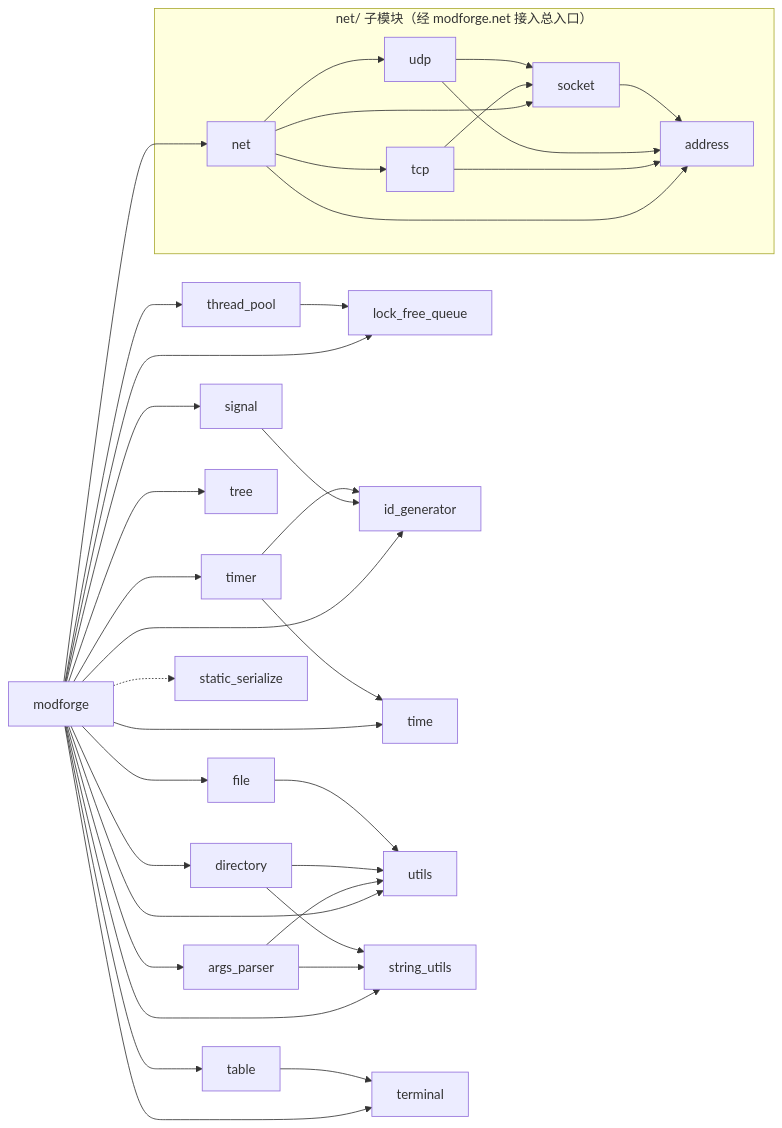
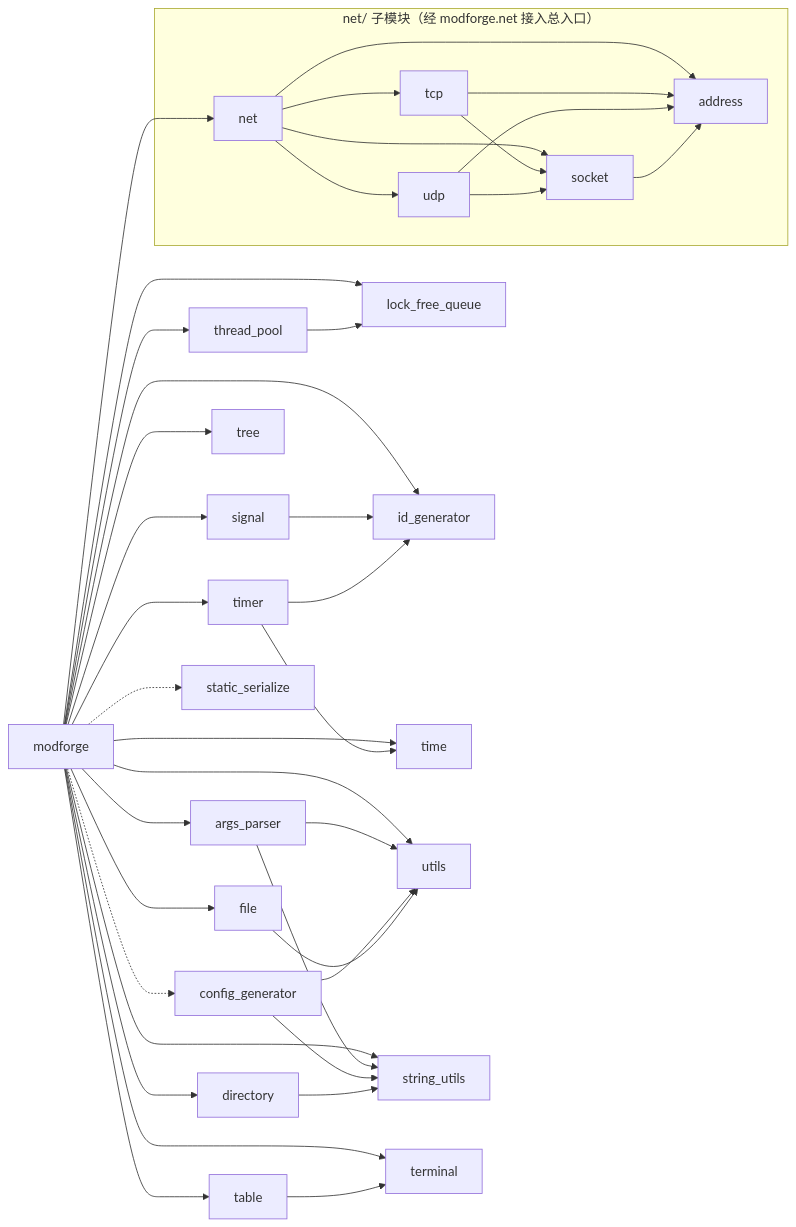
One commit to hexne/modforge changed the diagram in README.md. Above: the diagram before and after it, drawn with Mermaid. The commit also changed other lines of this file and 7 other files, not shown here.

````diff
--- a/README.md
+++ b/README.md
@@ -50,42 +54,44 @@
 ```mermaid
 graph LR
     modforge --> args_parser
     modforge --> directory
     modforge --> file
     modforge --> lock_free_queue
     modforge --> id_generator
     modforge --> thread_pool
     modforge --> time
     modforge --> timer
     modforge --> tree
     modforge --> utils
     modforge --> string_utils
     modforge --> signal
     modforge --> terminal
     modforge --> table
     modforge -.-> static_serialize
+    modforge -.-> config_generator
     modforge --> net
 
     args_parser --> string_utils
     args_parser --> utils
+    config_generator --> string_utils
+    config_generator --> utils
     directory --> string_utils
-    directory --> utils
     file --> utils
     thread_pool --> lock_free_queue
     signal --> id_generator
     timer --> id_generator
     timer --> time
     table --> terminal
 
     subgraph net_group["net/ 子模块（经 modforge.net 接入总入口）"]
         net --> tcp
         net --> udp
         net --> socket
         net --> address
         tcp --> socket
         tcp --> address
         udp --> socket
         udp --> address
         socket --> address
     end
 ```
````
